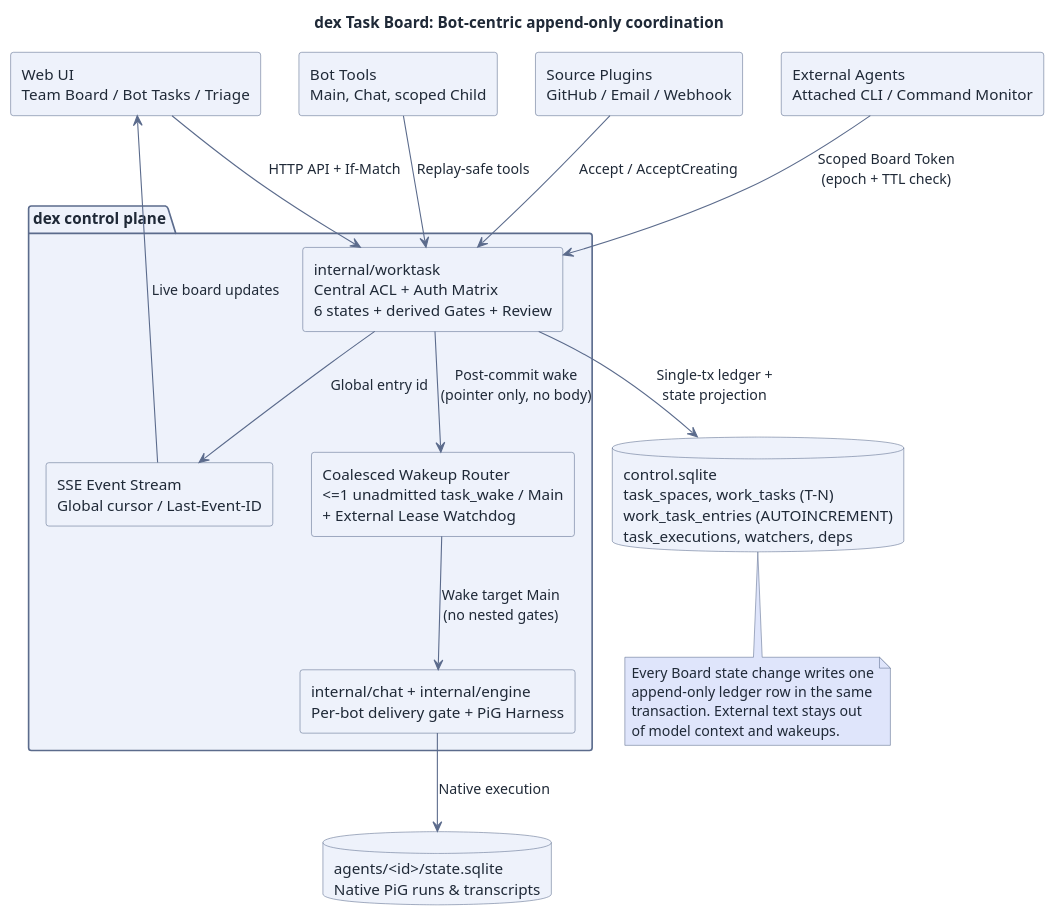
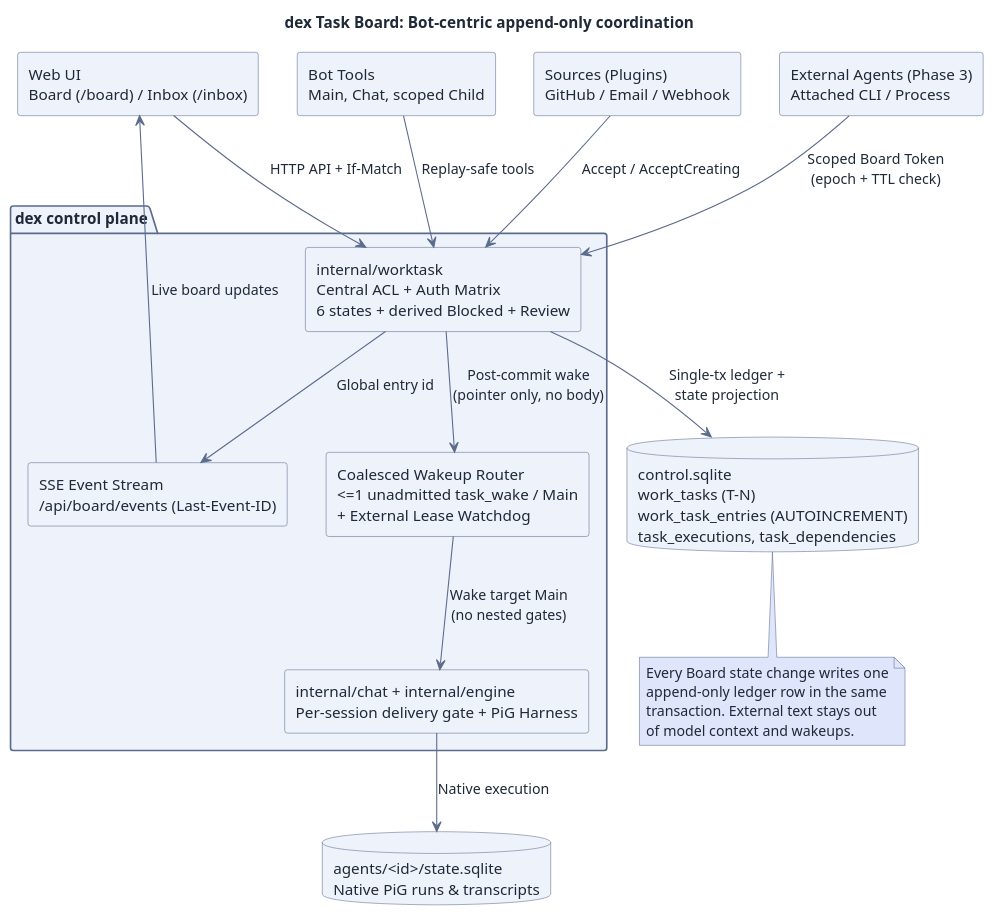
Before and after one commit to recally-io/dex: the diagram in docs/assets/src/task-board.puml, drawn with PlantUML. The commit also changed 2 other files, not shown here.

Commit message:
docs: Align Task Board spec with canonical glossary and simplified scope

```diff
--- a/docs/assets/src/task-board.puml
+++ b/docs/assets/src/task-board.puml
@@ -1,82 +1,82 @@
 @startuml
 skinparam RectangleBackgroundColor #eef2fb
 skinparam RectangleBorderColor #5b6b8c
 skinparam RectangleFontColor #1f2937
 skinparam ComponentBackgroundColor #eef2fb
 skinparam ComponentBorderColor #5b6b8c
 skinparam ComponentFontColor #1f2937
 skinparam ClassBackgroundColor #eef2fb
 skinparam ClassBorderColor #5b6b8c
 skinparam ClassFontColor #1f2937
 skinparam UsecaseBackgroundColor #eef2fb
 skinparam UsecaseBorderColor #5b6b8c
 skinparam UsecaseFontColor #1f2937
 skinparam DatabaseBackgroundColor #eef2fb
 skinparam DatabaseBorderColor #5b6b8c
 skinparam DatabaseFontColor #1f2937
 skinparam NodeBackgroundColor #eef2fb
 skinparam NodeBorderColor #5b6b8c
 skinparam NodeFontColor #1f2937
 skinparam ActorBackgroundColor #eef2fb
 skinparam ActorBorderColor #5b6b8c
 skinparam ActorFontColor #1f2937
 skinparam StateBackgroundColor #eef2fb
 skinparam StateBorderColor #5b6b8c
 skinparam StateFontColor #1f2937
 skinparam ArtifactBackgroundColor #eef2fb
 skinparam ArtifactBorderColor #5b6b8c
 skinparam ArtifactFontColor #1f2937
 skinparam CloudBackgroundColor #eef2fb
 skinparam CloudBorderColor #5b6b8c
 skinparam CloudFontColor #1f2937
 skinparam FolderBackgroundColor #eef2fb
 skinparam FolderBorderColor #5b6b8c
 skinparam FolderFontColor #1f2937
 skinparam PackageBackgroundColor #eef2fb
 skinparam PackageBorderColor #5b6b8c
 skinparam DefaultFontColor #1f2937
 skinparam ArrowColor #5b6b8c
 skinparam ArrowFontColor #1f2937
 skinparam NoteBackgroundColor #dfe5fb
 skinparam NoteBorderColor #5b6b8c
 skinparam NoteFontColor #1f2937
 skinparam stereotypeABackgroundColor #d9e3f4
 skinparam stereotypeABorderColor #5b6b8c
 skinparam stereotypeCBackgroundColor #d9e3f4
 skinparam stereotypeCBorderColor #5b6b8c
 skinparam stereotypeEBackgroundColor #d9e3f4
 skinparam stereotypeEBorderColor #5b6b8c
 skinparam stereotypeIBackgroundColor #d9e3f4
 skinparam stereotypeIBorderColor #5b6b8c
 skinparam BackgroundColor #ffffff
 title dex Task Board: Bot-centric append-only coordination
 top to bottom direction
-rectangle "Web UI\nTeam Board / Bot Tasks / Triage" as ui
+rectangle "Web UI\nBoard (/board) / Inbox (/inbox)" as ui
 rectangle "Bot Tools\nMain, Chat, scoped Child" as tools
-rectangle "Source Plugins\nGitHub / Email / Webhook" as plugins
-rectangle "External Agents\nAttached CLI / Command Monitor" as ext
+rectangle "Sources (Plugins)\nGitHub / Email / Webhook" as plugins
+rectangle "External Agents (Phase 3)\nAttached CLI / Process" as ext
 package "dex control plane" as ctrl {
-  rectangle "SSE Event Stream\nGlobal cursor / Last-Event-ID" as sse
-  rectangle "internal/worktask\nCentral ACL + Auth Matrix\n6 states + derived Gates + Review" as core
+  rectangle "SSE Event Stream\n/api/board/events (Last-Event-ID)" as sse
+  rectangle "internal/worktask\nCentral ACL + Auth Matrix\n6 states + derived Blocked + Review" as core
   rectangle "Coalesced Wakeup Router\n<=1 unadmitted task_wake / Main\n+ External Lease Watchdog" as wake
-  rectangle "internal/chat + internal/engine\nPer-bot delivery gate + PiG Harness" as runtime
+  rectangle "internal/chat + internal/engine\nPer-session delivery gate + PiG Harness" as runtime
 }
-database "control.sqlite\ntask_spaces, work_tasks (T-N)\nwork_task_entries (AUTOINCREMENT)\ntask_executions, watchers, deps" as cdb
+database "control.sqlite\nwork_tasks (T-N)\nwork_task_entries (AUTOINCREMENT)\ntask_executions, task_dependencies" as cdb
 database "agents/<id>/state.sqlite\nNative PiG runs & transcripts" as adb
 ui --> core : HTTP API + If-Match
 ui <-- sse : Live board updates
 tools --> core : Replay-safe tools
 plugins --> core : Accept / AcceptCreating
 ext --> core : Scoped Board Token\n(epoch + TTL check)
 core --> cdb : Single-tx ledger +\nstate projection
 core --> sse : Global entry id
 core --> wake : Post-commit wake\n(pointer only, no body)
 wake --> runtime : Wake target Main\n(no nested gates)
 runtime --> adb : Native execution
 note bottom of cdb
   Every Board state change writes one
   append-only ledger row in the same
   transaction. External text stays out
   of model context and wakeups.
 end note
 @enduml
```
